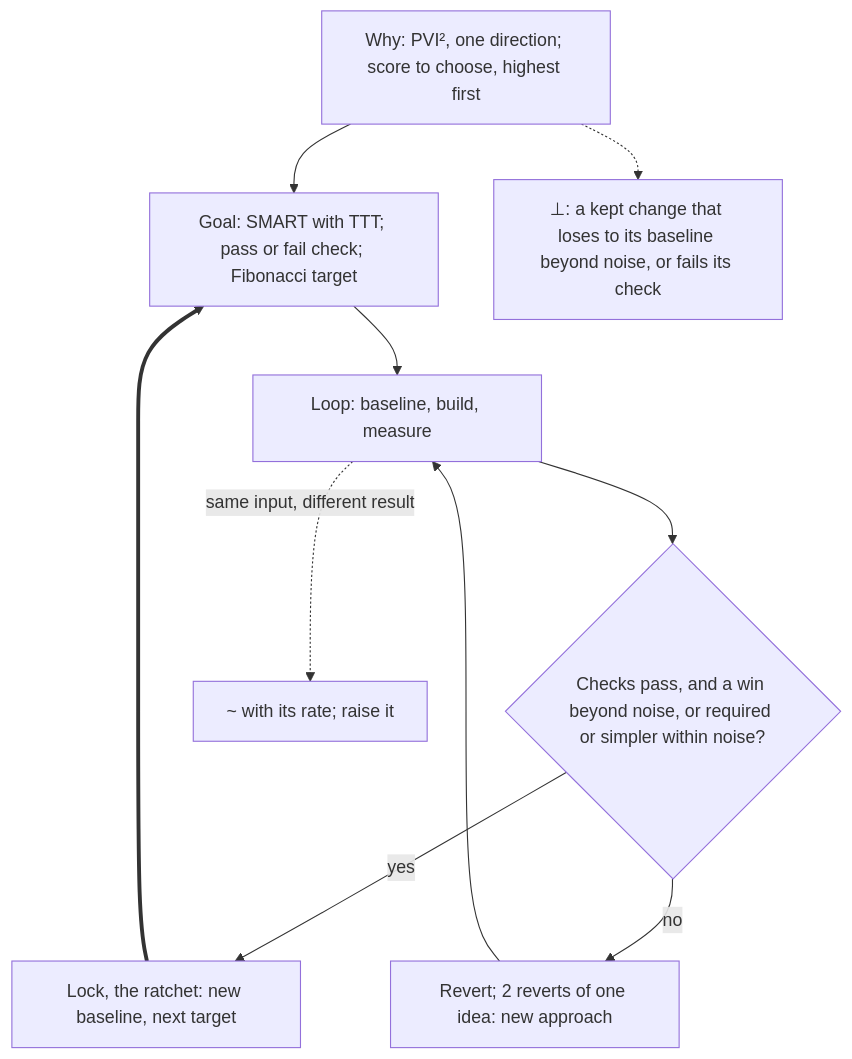
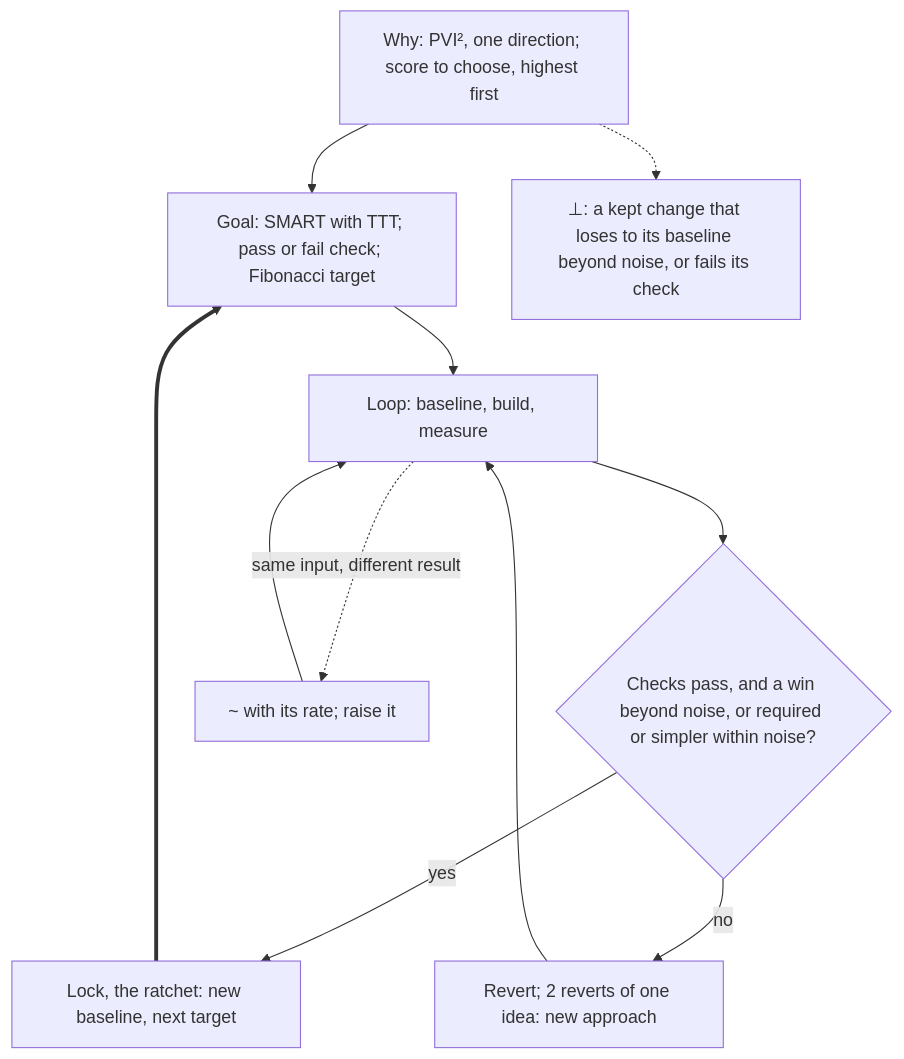
Before and after one commit to SolenixAI/arbiter: the seventh of 14 diagrams in AGENTS.md, drawn with Mermaid. The commit also changed other lines of this file, not shown here.

````diff
--- a/AGENTS.md
+++ b/AGENTS.md
@@ -270,11 +270,11 @@
 ```mermaid
 flowchart TD
   W["Why: PVI², one direction; score to choose, highest first"] --> G["Goal: SMART with TTT; pass or fail check; Fibonacci target"]
   G --> B["Loop: baseline, build, measure"]
   B --> K{"Checks pass, and a win beyond noise, or required or simpler within noise?"}
   K -->|yes| L["Lock, the ratchet: new baseline, next target"]
   L ==> G
   K -->|no| R["Revert; 2 reverts of one idea: new approach"] --> B
-  B -.->|same input, different result| Z["~ with its rate; raise it"]
+  B -.->|same input, different result| Z["~ with its rate; raise it"] --> B
   W -.-> BOT["⊥: a kept change that loses to its baseline beyond noise, or fails its check"]
 ```
````
